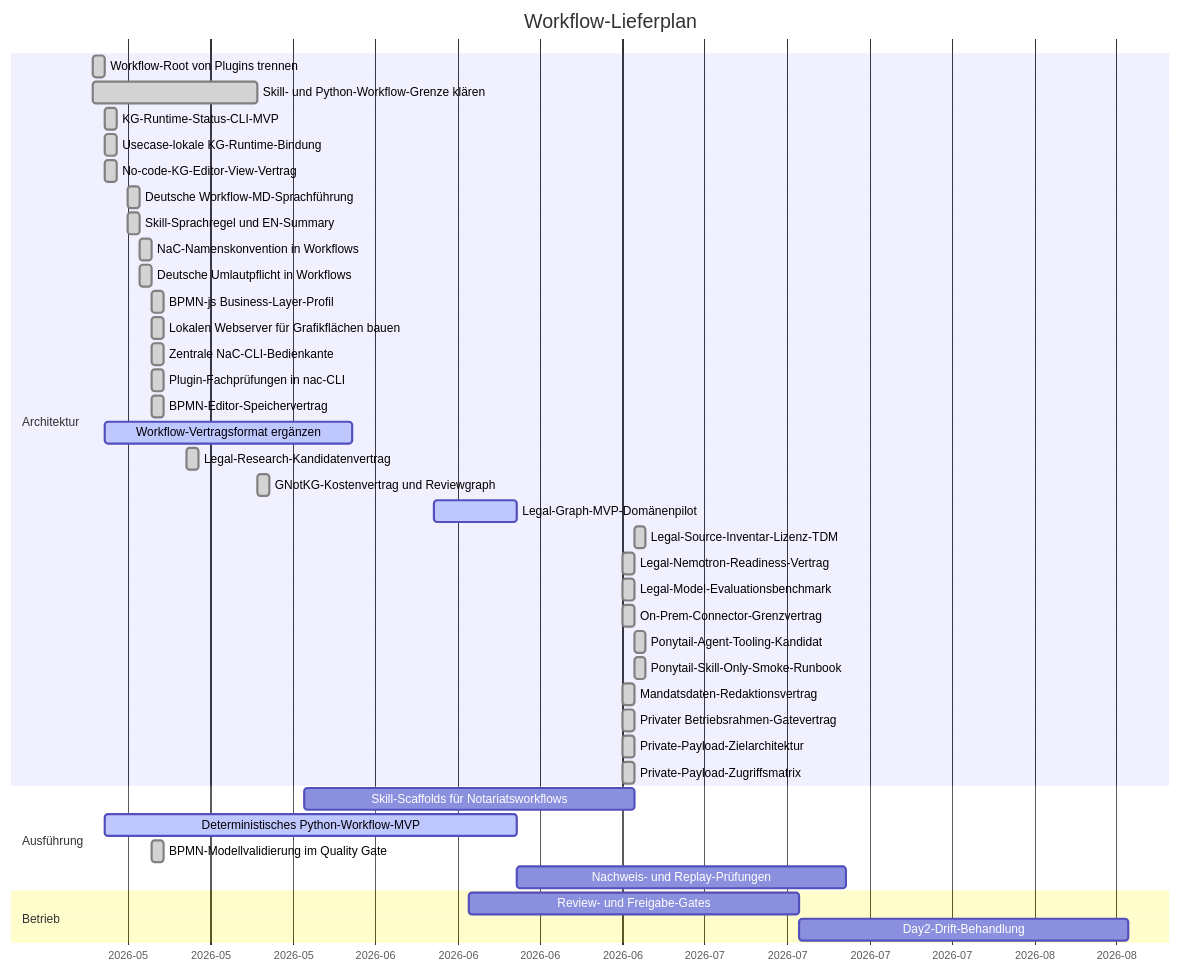
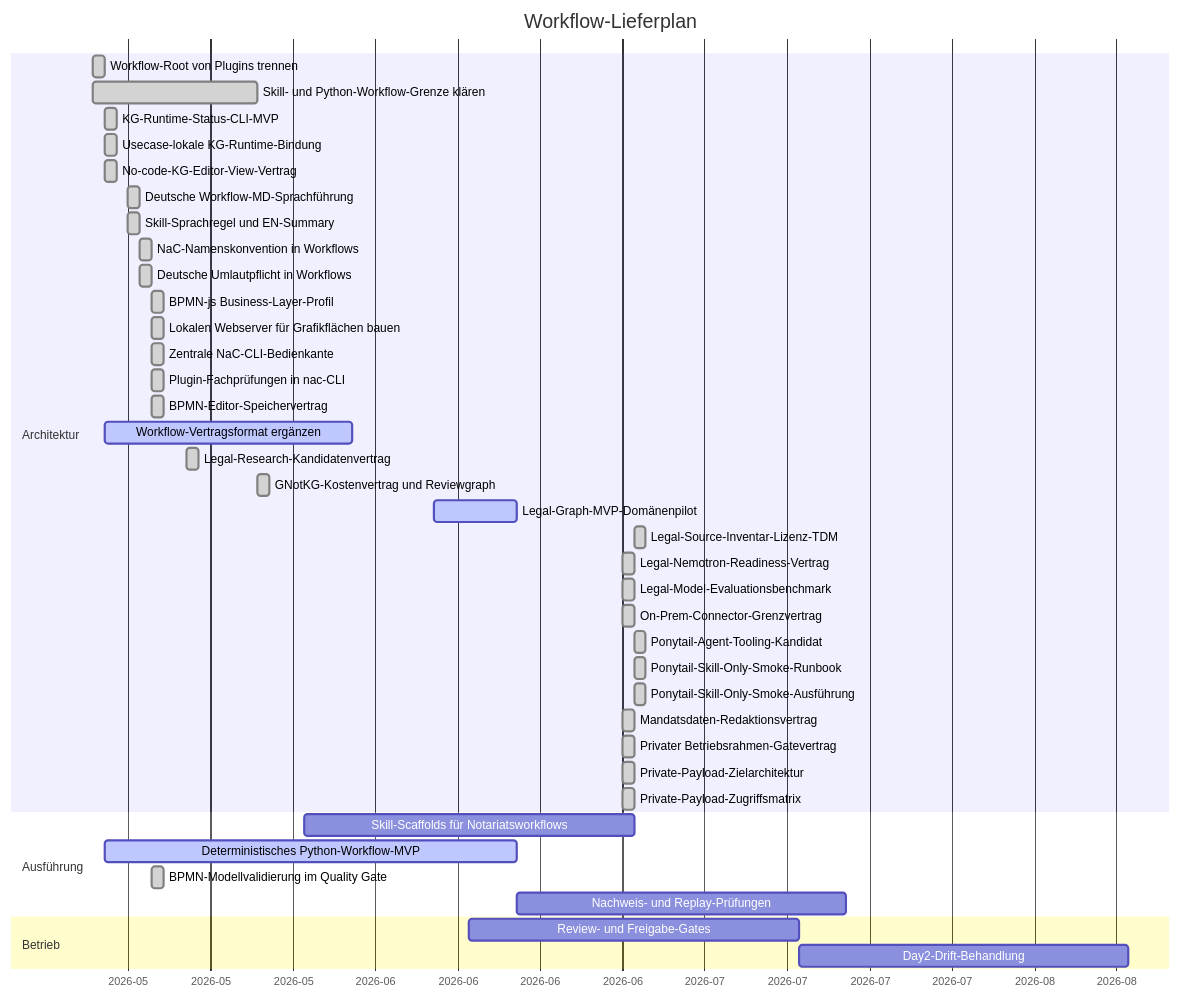
One commit to notariat8/NaC changed the diagram in workflows/GANTT.md. Above: the diagram before and after it, drawn with Mermaid. The commit also changed other lines of this file and 11 other files, not shown here.

Commit message:
Record Ponytail skill-only smoke result

````diff
--- a/workflows/GANTT.md
+++ b/workflows/GANTT.md
@@ -5,46 +5,47 @@
 ```mermaid
 gantt
     title Workflow-Lieferplan
     dateFormat  YYYY-MM-DD
     axisFormat  %Y-%m
 
     section Architektur
     Workflow-Root von Plugins trennen          :done,   w1, 2026-05-14, 1d
     Skill- und Python-Workflow-Grenze klären  :done,   w2, 2026-05-14, 14d
     KG-Runtime-Status-CLI-MVP                  :done,   w3, 2026-05-15, 1d
     Usecase-lokale KG-Runtime-Bindung          :done,   w3a, 2026-05-15, 1d
     No-code-KG-Editor-View-Vertrag             :done,   w4a, 2026-05-15, 1d
     Deutsche Workflow-MD-Sprachführung        :done,   w4b, 2026-05-17, 1d
     Skill-Sprachregel und EN-Summary            :done,   w4c, 2026-05-17, 1d
     NaC-Namenskonvention in Workflows           :done,   w4d, 2026-05-18, 1d
     Deutsche Umlautpflicht in Workflows         :done,   w4e, 2026-05-18, 1d
     BPMN-js Business-Layer-Profil               :done,   w4f, 2026-05-19, 1d
     Lokalen Webserver für Grafikflächen bauen  :done,   w4g, 2026-05-19, 1d
     Zentrale NaC-CLI-Bedienkante                :done,   w4h, 2026-05-19, 1d
     Plugin-Fachprüfungen in nac-CLI             :done,   w4i, 2026-05-19, 1d
     BPMN-Editor-Speichervertrag                 :done,   w4j, 2026-05-19, 1d
     Workflow-Vertragsformat ergänzen          :active, w4, 2026-05-15, 21d
     Legal-Research-Kandidatenvertrag           :done,   w4k, 2026-05-22, 1d
     GNotKG-Kostenvertrag und Reviewgraph        :done,   w4l, 2026-05-28, 1d
     Legal-Graph-MVP-Domänenpilot              :active, w4m, 2026-06-12, 7d
     Legal-Source-Inventar-Lizenz-TDM           :done,   w4u, 2026-06-29, 1d
     Legal-Nemotron-Readiness-Vertrag            :done,   w4s, 2026-06-28, 1d
     Legal-Model-Evaluationsbenchmark           :done,   w4t, 2026-06-28, 1d
     On-Prem-Connector-Grenzvertrag            :done,   w4n, 2026-06-28, 1d
     Ponytail-Agent-Tooling-Kandidat            :done,   w4v, 2026-06-29, 1d
     Ponytail-Skill-Only-Smoke-Runbook          :done,   w4w, 2026-06-29, 1d
+    Ponytail-Skill-Only-Smoke-Ausführung       :done,   w4x, 2026-06-29, 1d
     Mandatsdaten-Redaktionsvertrag             :done,   w4o, 2026-06-28, 1d
     Privater Betriebsrahmen-Gatevertrag        :done,   w4p, 2026-06-28, 1d
     Private-Payload-Zielarchitektur            :done,   w4q, 2026-06-28, 1d
     Private-Payload-Zugriffsmatrix             :done,   w4r, 2026-06-28, 1d
 
     section Ausführung
     Skill-Scaffolds für Notariatsworkflows    :        w5, 2026-06-01, 28d
     Deterministisches Python-Workflow-MVP      :active, w6, 2026-05-15, 35d
     BPMN-Modellvalidierung im Quality Gate      :done,   w6a, 2026-05-19, 1d
     Nachweis- und Replay-Prüfungen            :        w7, after w6, 28d
 
     section Betrieb
     Review- und Freigabe-Gates                 :        w8, 2026-06-15, 28d
     Day2-Drift-Behandlung                      :        w9, after w8, 28d
 ```
````
